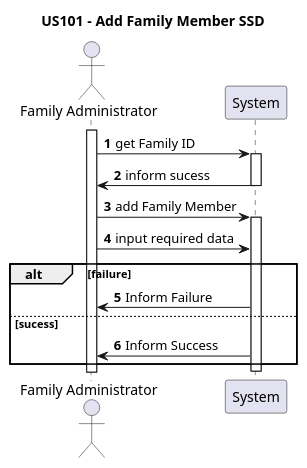
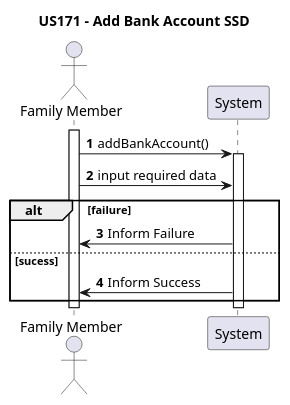
One commit to tomas-osswald/switch_2020_g3 changed the first of 2 diagrams in docs/sprint1/user_stories/US171_AddBankAccount.md. Above: the diagram before and after it, drawn with PlantUML. The commit also changed other lines of this file and 1 other file, not shown here.

Commit message:
add System Sequence diagram

`````diff
--- a/docs/sprint1/user_stories/US171_AddBankAccount.md
+++ b/docs/sprint1/user_stories/US171_AddBankAccount.md
@@ -24,25 +24,22 @@
 ```` puml
 
     autonumber
-    title US101 - Add Family Member SSD
-    actor "Family Administrator" as familyAdmin
+    title US171 - Add Bank Account SSD
+    actor "Family Member" as familyMember
     participant "System" as system
 
-    activate familyAdmin
-    familyAdmin -> system: get Family ID
+    activate familyMember
+    familyMember -> system: addBankAccount()
     activate system
-    system -> familyAdmin: inform sucess
-    deactivate system
-    familyAdmin -> system: add Family Member
-    activate system
-    familyAdmin -> system: input required data
+    familyMember -> system: input required data
     alt failure
-    system -> familyAdmin : Inform Failure
+    system -> familyMember : Inform Failure
     
     else sucess
-    system -> familyAdmin : Inform Success
+    system -> familyMember : Inform Success
     end
     deactivate system
+    deactivate familyMember
 
 @endpuml
 ````
`````
